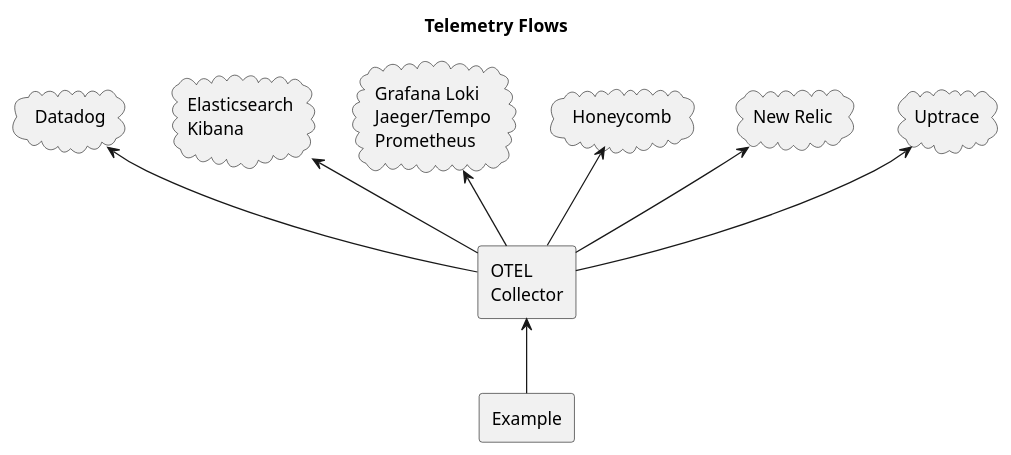
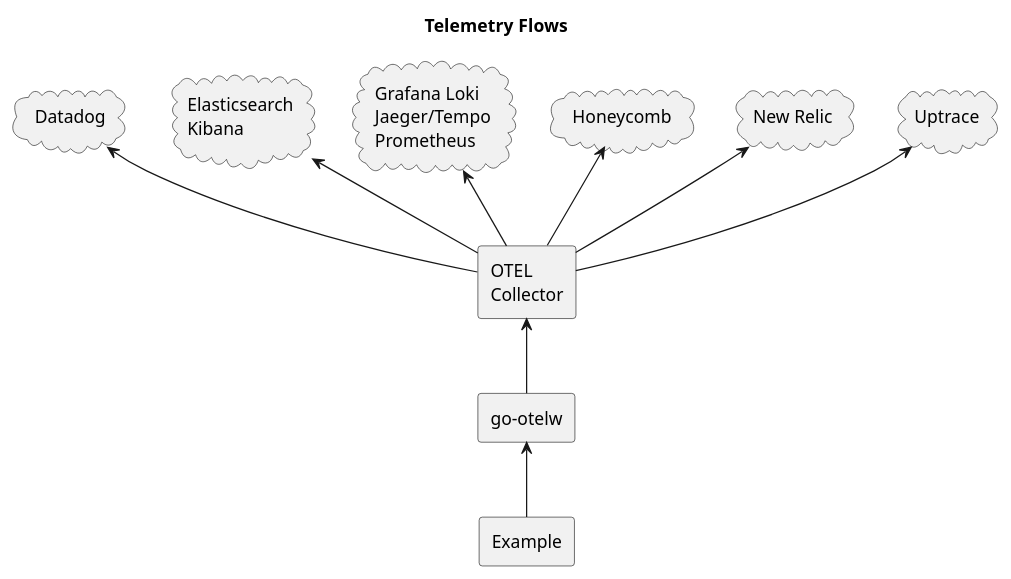
One commit to yolkhovyy/go-otelw changed the diagram in docs/diagrams/overview.puml. Above: the diagram before and after it, drawn with PlantUML. The commit also changed 46 other files, not shown here.

```diff
--- a/docs/diagrams/overview.puml
+++ b/docs/diagrams/overview.puml
@@ -1,24 +1,26 @@
 @startuml overview
 title Telemetry Flows
 ' left to right direction
 
 cloud "Datadog" as DD
 cloud "Elasticsearch\nKibana" as EK
 cloud "Grafana Loki\nJaeger/Tempo\nPrometheus" as G
 cloud "Honeycomb" as HC
 cloud "New Relic" as NR
 cloud "Uptrace" as UPT
 
+agent "go-otelw" as OW
 agent "OTEL\nCollector" as OC
 agent Example as EX
 
 OC -up-> UPT
 OC -up-> NR
 OC -up-> HC
 OC -up-> G
 OC -up-> EK
 OC -up-> DD
 
-EX -up-> OC
+EX -up-> OW
+OW -UP-> OC
 
 @enduml
```
